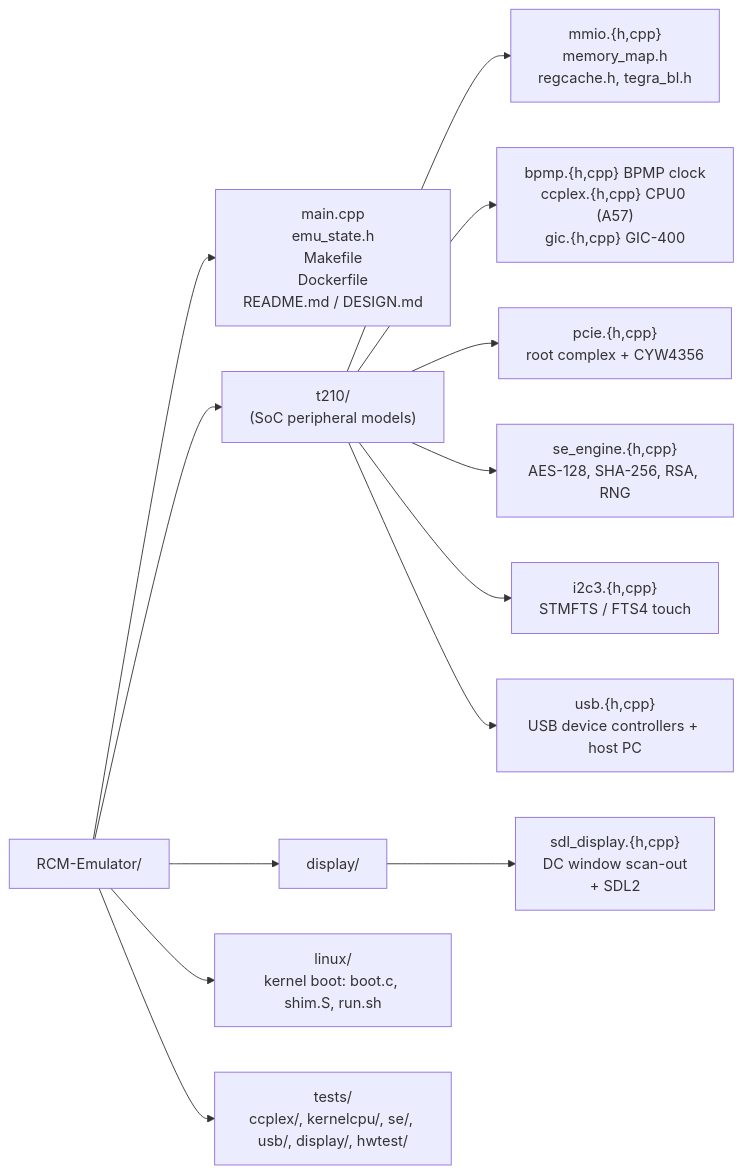
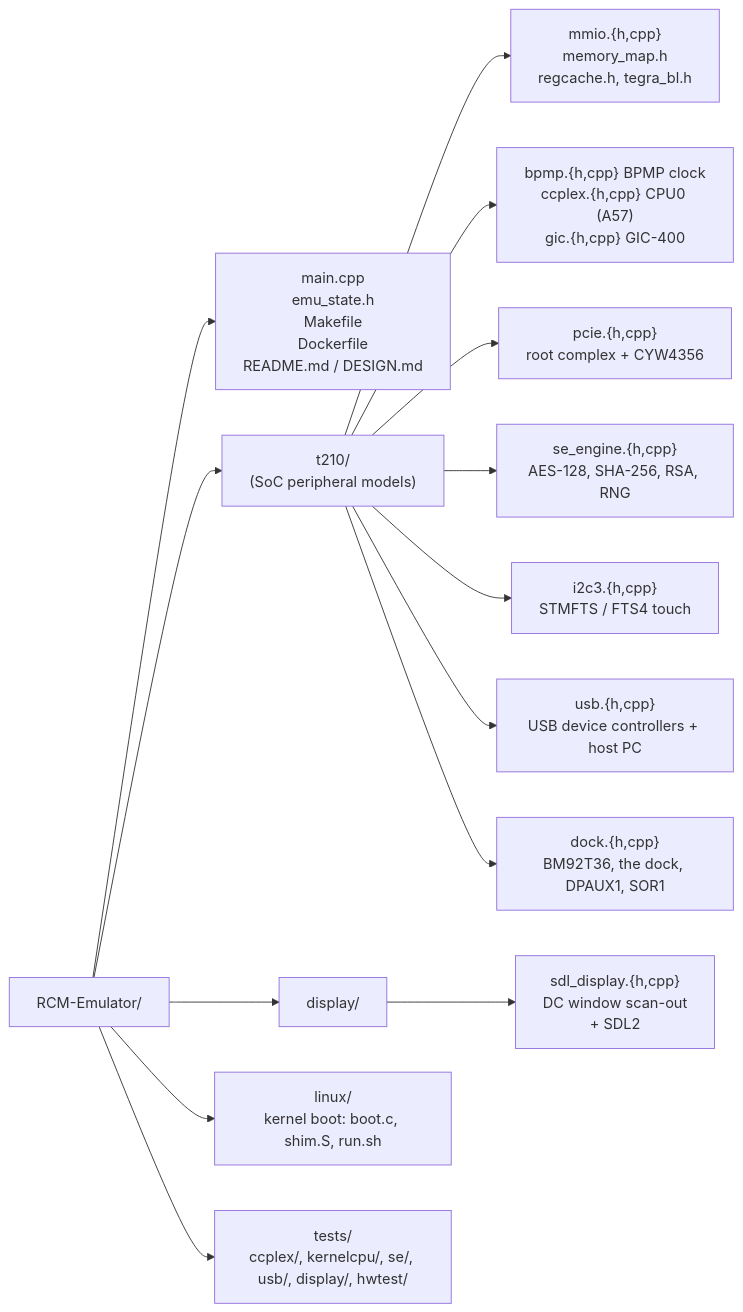
The diagram in README.md (Creased/RCM-Emulator), drawn with Mermaid before and after one commit. The commit also changed other lines of this file and 9 other files, not shown here.

````diff
--- a/README.md
+++ b/README.md
@@ -374,18 +380,19 @@
 ```mermaid
 flowchart LR
     root["RCM-Emulator/"]
     root --> top["main.cpp<br/>emu_state.h<br/>Makefile<br/>Dockerfile<br/>README.md / DESIGN.md"]
     root --> t210["t210/<br/>(SoC peripheral models)"]
     root --> display["display/"]
     root --> linux["linux/<br/>kernel boot: boot.c, shim.S, run.sh"]
     root --> tests["tests/<br/>ccplex/, kernelcpu/, se/, usb/, display/, hwtest/"]
 
     t210 --> mmio["mmio.{h,cpp}<br/>memory_map.h<br/>regcache.h, tegra_bl.h"]
     t210 --> cpus["bpmp.{h,cpp} BPMP clock<br/>ccplex.{h,cpp} CPU0 (A57)<br/>gic.{h,cpp} GIC-400"]
     t210 --> pcie["pcie.{h,cpp}<br/>root complex + CYW4356"]
     t210 --> se["se_engine.{h,cpp}<br/>AES-128, SHA-256, RSA, RNG"]
     t210 --> i2c["i2c3.{h,cpp}<br/>STMFTS / FTS4 touch"]
     t210 --> usb["usb.{h,cpp}<br/>USB device controllers + host PC"]
+    t210 --> dock["dock.{h,cpp}<br/>BM92T36, the dock, DPAUX1, SOR1"]
 
     display --> sdl["sdl_display.{h,cpp}<br/>DC window scan-out<br/>+ SDL2"]
 ```
````
